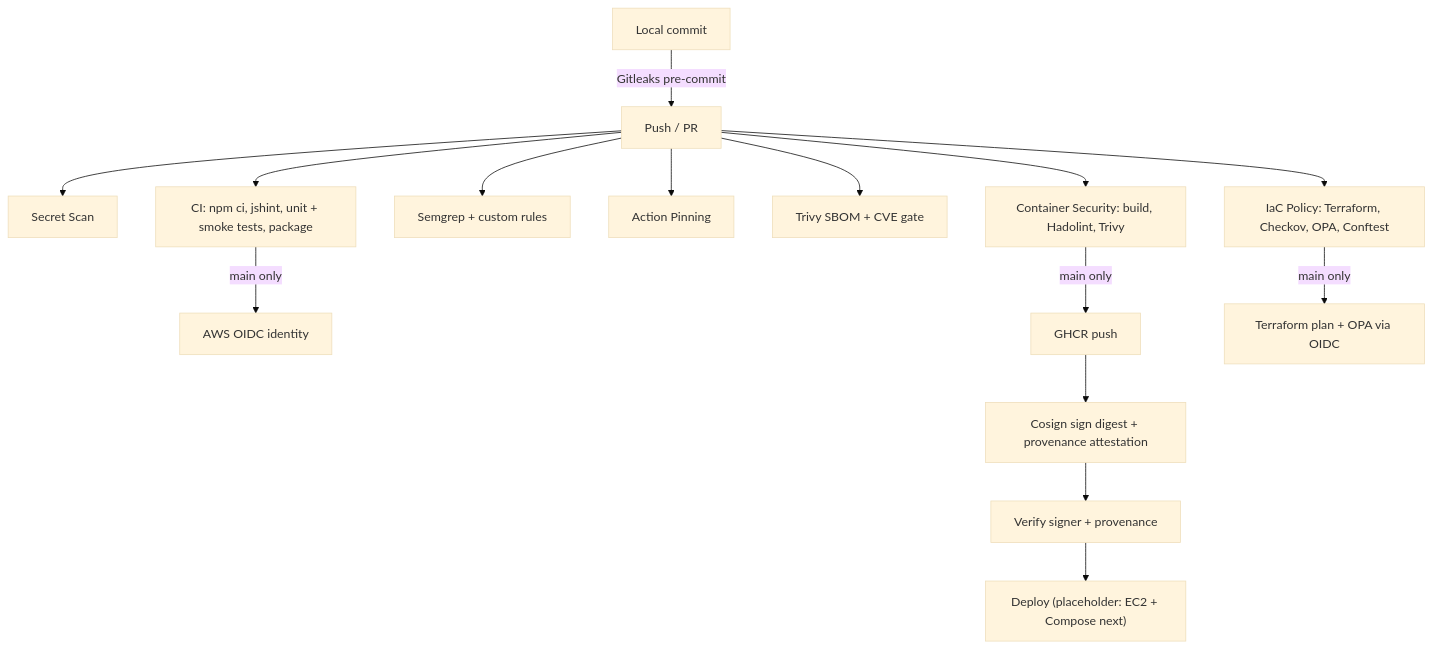
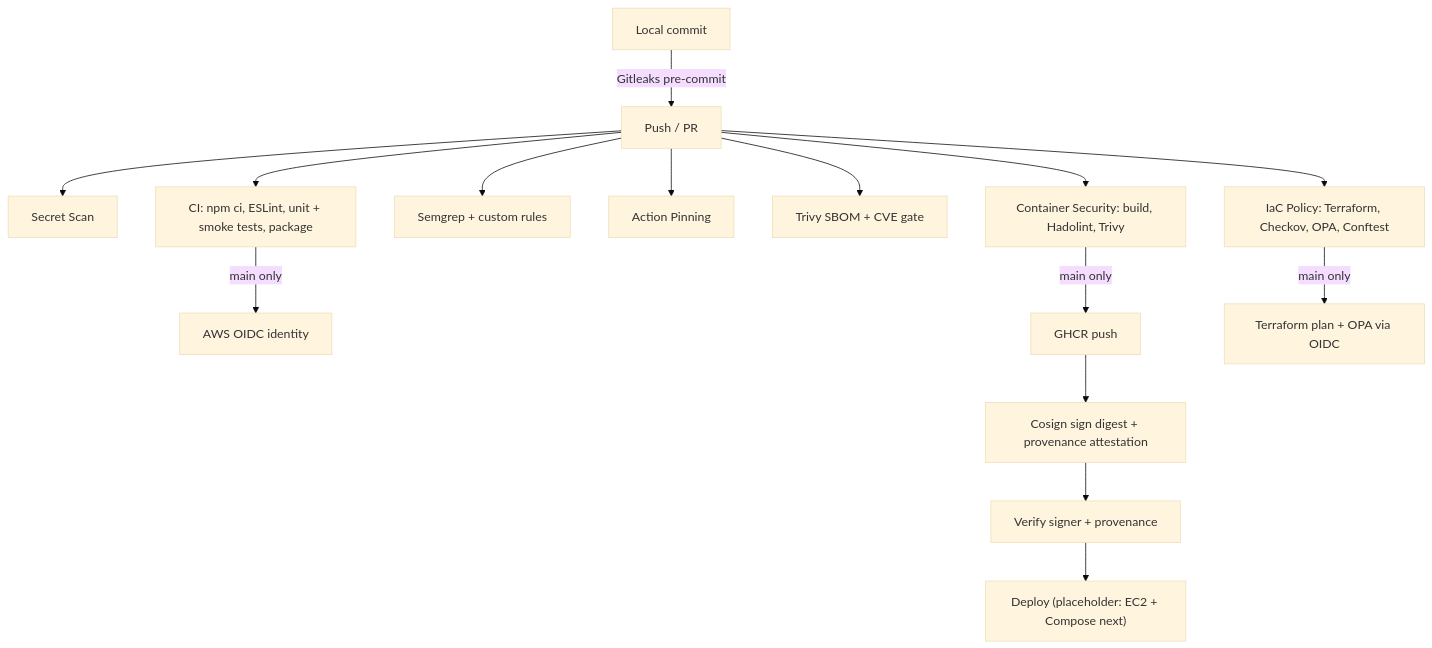
One commit to RonaldMontgomery/nodegoat-devsecops changed the diagram in README.md. Above: the diagram before and after it, drawn with Mermaid (base theme). The commit also changed other lines of this file and 14 other files, not shown here.

First line of the commit message:
Upgrade vulnerable dependencies; enable helmet; replace jshint with ESLint

````diff
--- a/README.md
+++ b/README.md
@@ -25,17 +25,17 @@
 ```mermaid
 flowchart TD
   Dev["Local commit"] -->|Gitleaks pre-commit| Push["Push / PR"]
   Push --> SS["Secret Scan"]
-  Push --> CI["CI: npm ci, jshint, unit + smoke tests, package"]
+  Push --> CI["CI: npm ci, ESLint, unit + smoke tests, package"]
   Push --> SAST["Semgrep + custom rules"]
   Push --> PIN["Action Pinning"]
   Push --> SCA["Trivy SBOM + CVE gate"]
   Push --> CS["Container Security: build, Hadolint, Trivy"]
   Push --> IAC["IaC Policy: Terraform, Checkov, OPA, Conftest"]
   CI -->|main only| OIDC["AWS OIDC identity"]
   CS -->|main only| PUB["GHCR push"]
   PUB --> SIGN["Cosign sign digest + provenance attestation"]
   SIGN --> VER["Verify signer + provenance"]
   VER --> DEP["Deploy (placeholder: EC2 + Compose next)"]
   IAC -->|main only| PLAN["Terraform plan + OPA via OIDC"]
 ```
````
